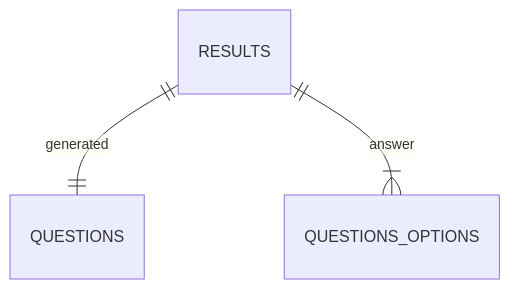
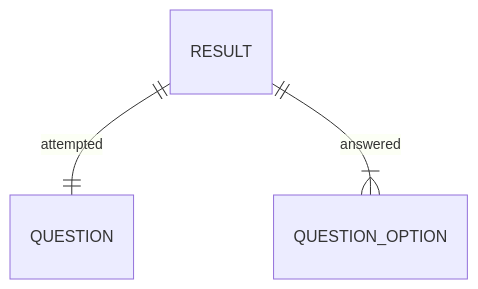
One commit to mrxsierra/ems-db changed the fourth of 8 diagrams in README.md. Above: the diagram before and after it, drawn with Mermaid. The commit also changed other lines of this file and 11 other files, not shown here.

````diff
--- a/README.md
+++ b/README.md
@@ -40,5 +49,5 @@
 ```mermaid
 erDiagram
-    RESULTS ||--|| QUESTIONS : "generated"
-RESULTS ||--|{ QUESTIONS_OPTIONS : "answer"
+    RESULT ||--|| QUESTION : "attempted"
+    RESULT ||--|{ QUESTION_OPTION : "answered"
 ```
````
